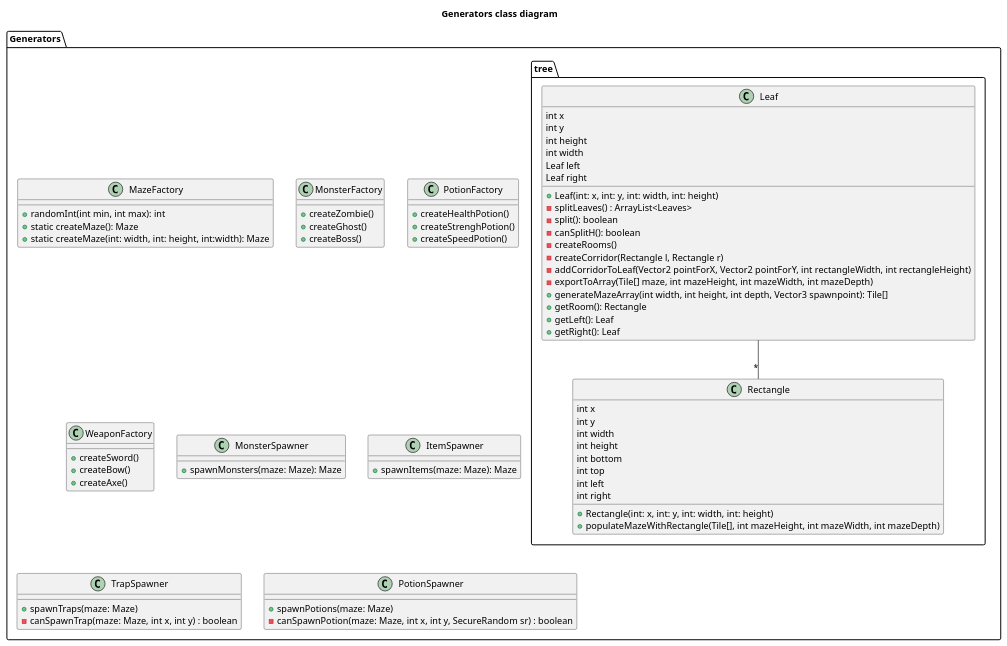
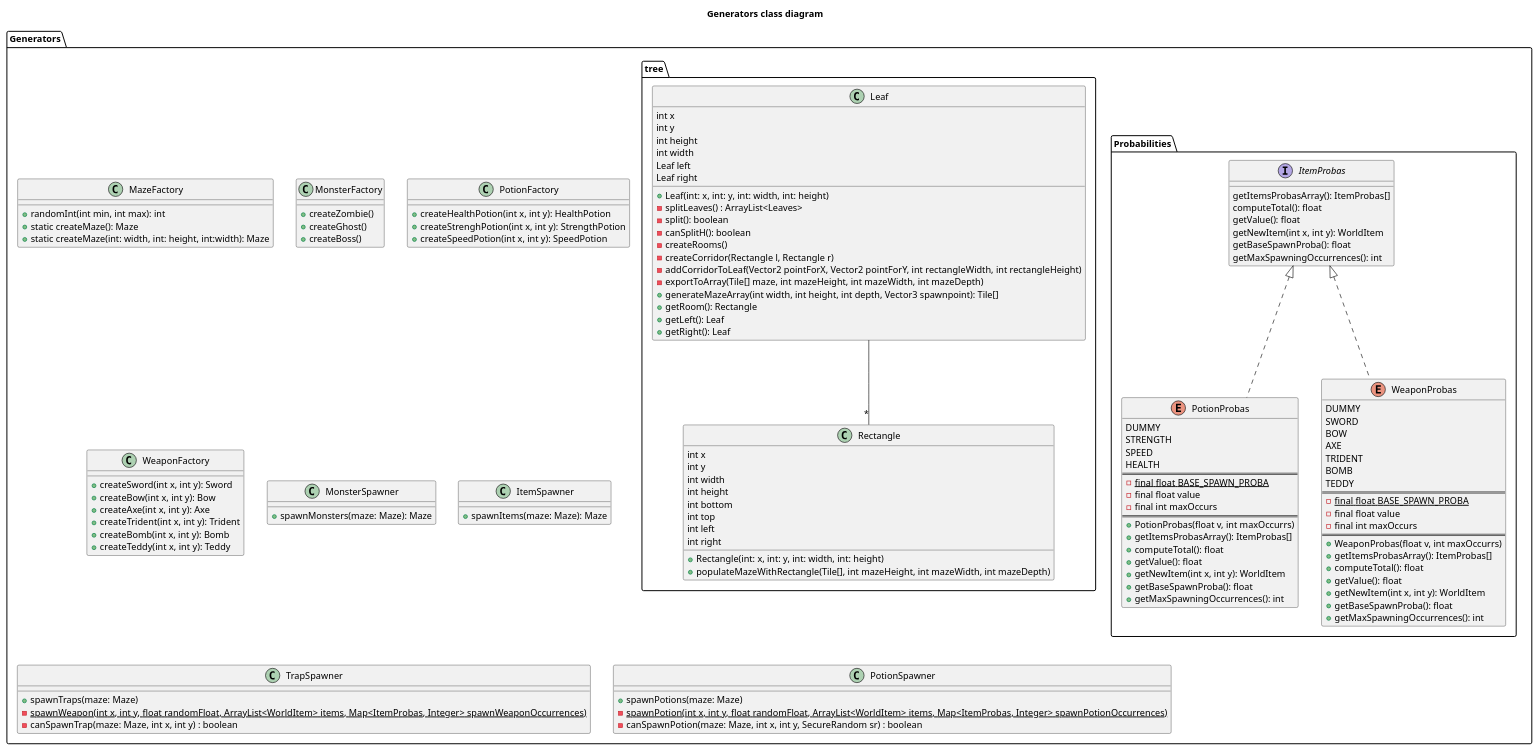
The diagram in sprints/sprint4/diagrammes/Generators.puml (toxicbloud/ACL-2023-MazeOfMadness), drawn with PlantUML before and after one commit.

```diff
--- a/sprints/sprint4/diagrammes/Generators.puml
+++ b/sprints/sprint4/diagrammes/Generators.puml
@@ -1,85 +1,147 @@
 @startuml Generators class diagram
 title Generators class diagram
 
 package Generators {
+
+    package Probabilities {
+        interface ItemProbas {
+            getItemsProbasArray(): ItemProbas[]
+            computeTotal(): float
+            getValue(): float
+            getNewItem(int x, int y): WorldItem
+            getBaseSpawnProba(): float
+            getMaxSpawningOccurrences(): int
+        }
+
+        enum PotionProbas {
+            DUMMY
+            STRENGTH
+            SPEED
+            HEALTH
+            ==
+            - {static} final float BASE_SPAWN_PROBA
+            - final float value
+            - final int maxOccurs
+            ==
+            + PotionProbas(float v, int maxOccurrs)
+            + getItemsProbasArray(): ItemProbas[]
+            + computeTotal(): float
+            + getValue(): float
+            + getNewItem(int x, int y): WorldItem
+            + getBaseSpawnProba(): float
+            + getMaxSpawningOccurrences(): int
+        }
+
+        enum WeaponProbas {
+            DUMMY
+            SWORD
+            BOW
+            AXE
+            TRIDENT
+            BOMB
+            TEDDY
+            ==
+            - {static} final float BASE_SPAWN_PROBA
+            - final float value
+            - final int maxOccurs
+            ==
+            + WeaponProbas(float v, int maxOccurrs)
+            + getItemsProbasArray(): ItemProbas[]
+            + computeTotal(): float
+            + getValue(): float
+            + getNewItem(int x, int y): WorldItem
+            + getBaseSpawnProba(): float
+            + getMaxSpawningOccurrences(): int
+        }
+
+        ItemProbas <|.. PotionProbas
+        ItemProbas <|.. WeaponProbas
+    }
+
+
     class MazeFactory {
         + randomInt(int min, int max): int
         + static createMaze(): Maze
         + static createMaze(int: width, int: height, int:width): Maze
     }
 
     class MonsterFactory {
         + createZombie()
         + createGhost()
         + createBoss()
     }
 
     class PotionFactory {
-        + createHealthPotion()
-        + createStrenghPotion()
-        + createSpeedPotion()
+        + createHealthPotion(int x, int y): HealthPotion
+        + createStrenghPotion(int x, int y): StrengthPotion
+        + createSpeedPotion(int x, int y): SpeedPotion
     }
 
     class WeaponFactory {
-        + createSword()
-        + createBow()
-        + createAxe()
+        + createSword(int x, int y): Sword
+        + createBow(int x, int y): Bow
+        + createAxe(int x, int y): Axe
+        + createTrident(int x, int y): Trident
+        + createBomb(int x, int y): Bomb
+        + createTeddy(int x, int y): Teddy
     }
 
     class MonsterSpawner {
         + spawnMonsters(maze: Maze): Maze
     }
 
     class ItemSpawner {
         + spawnItems(maze: Maze): Maze
     }
 
     class TrapSpawner {
         + spawnTraps(maze: Maze)
+        - {static} spawnWeapon(int x, int y, float randomFloat, ArrayList<WorldItem> items, Map<ItemProbas, Integer> spawnWeaponOccurrences)
         - canSpawnTrap(maze: Maze, int x, int y) : boolean
     }
 
     class PotionSpawner {
         + spawnPotions(maze: Maze)
+        - {static} spawnPotion(int x, int y, float randomFloat, ArrayList<WorldItem> items, Map<ItemProbas, Integer> spawnPotionOccurrences)
         - canSpawnPotion(maze: Maze, int x, int y, SecureRandom sr) : boolean
     }
 
     package tree {
         class Leaf {
             int x
             int y
             int height
             int width
             Leaf left
             Leaf right
             + Leaf(int: x, int: y, int: width, int: height)
             - splitLeaves() : ArrayList<Leaves>
             - split(): boolean
             - canSplitH(): boolean
             - createRooms()
             - createCorridor(Rectangle l, Rectangle r)
             - addCorridorToLeaf(Vector2 pointForX, Vector2 pointForY, int rectangleWidth, int rectangleHeight)
             - exportToArray(Tile[] maze, int mazeHeight, int mazeWidth, int mazeDepth)
             + generateMazeArray(int width, int height, int depth, Vector3 spawnpoint): Tile[]
             + getRoom(): Rectangle
             + getLeft(): Leaf
             + getRight(): Leaf
         }
         class Rectangle {
             int x
             int y
             int width
             int height
             int bottom
             int top
             int left
             int right
             + Rectangle(int: x, int: y, int: width, int: height)
             + populateMazeWithRectangle(Tile[], int mazeHeight, int mazeWidth, int mazeDepth)
         }
 
         Leaf -- "*" Rectangle
     }
 }
 
 @enduml
```
